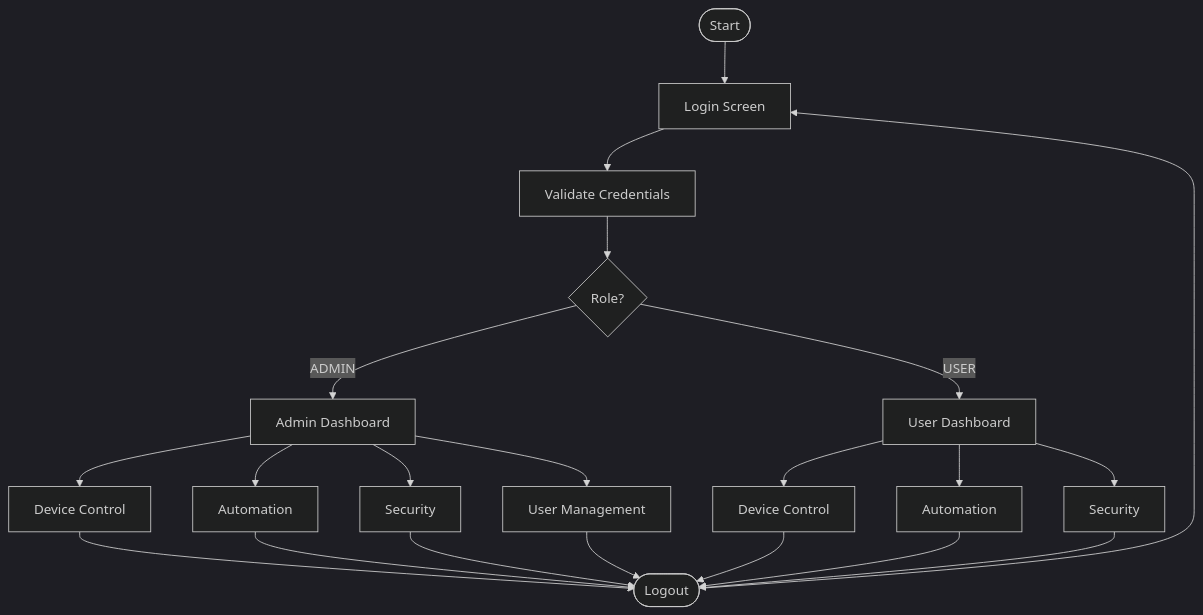
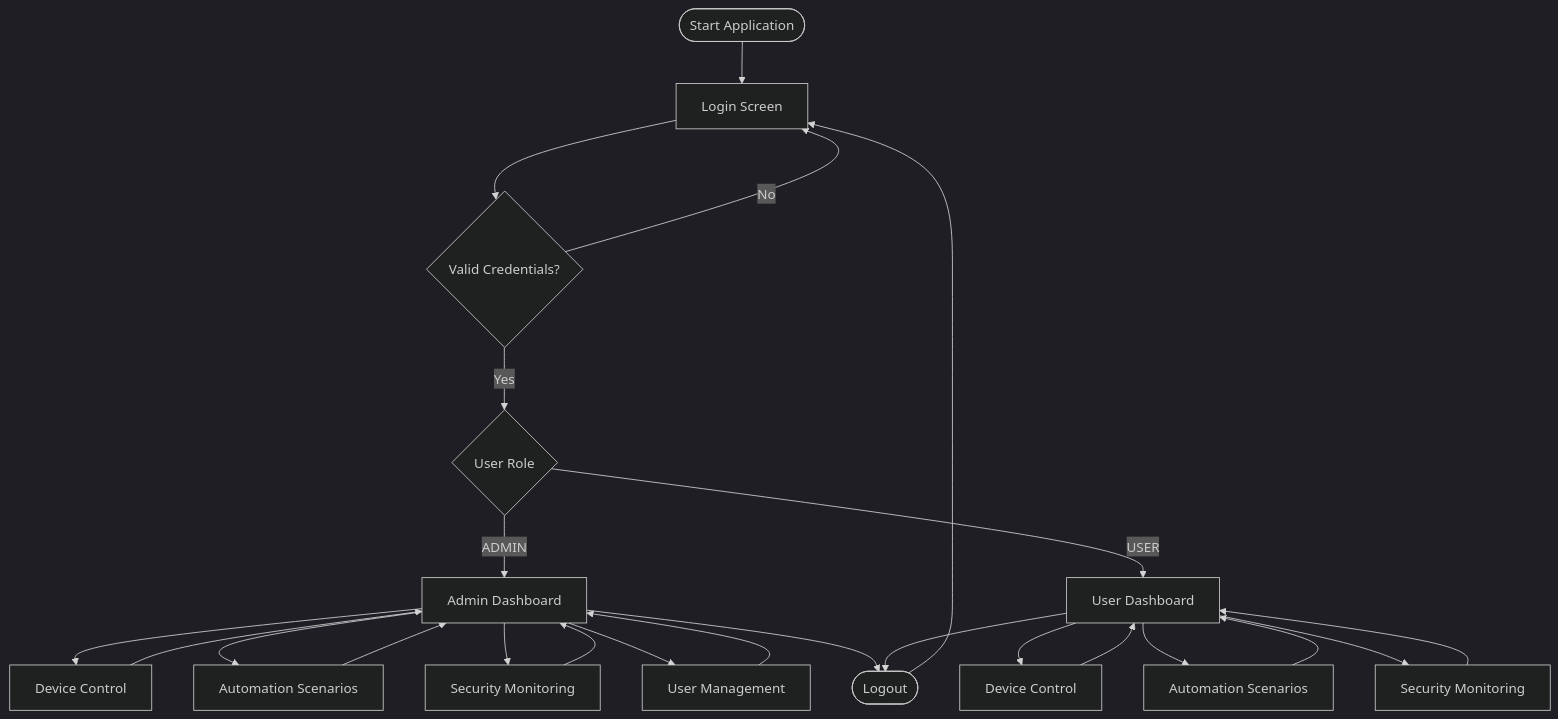
One commit to Sanoj-936/ControlSphere changed the third of 5 diagrams in README.md. Above: the diagram before and after it, drawn with Mermaid (dark theme). The commit also changed other lines of this file, not shown here.

Commit message:
Professional improvements to README: repair Mermaid diagrams, fix tables, and add demo credentials callout

````diff
--- a/README.md
+++ b/README.md
@@ -229,21 +261,31 @@
 ```mermaid
 flowchart TD
-    Start([Start]) --> Login[Login Screen]
-    Login --> Validate[Validate Credentials]
-    Validate --> Role{Role?}
+    Start([Start Application]) --> Login[Login Screen]
+    Login --> Validate{Valid Credentials?}
+    Validate -- No --> Login
+    Validate -- Yes --> Role{User Role}
     Role -->|ADMIN| AdminDash[Admin Dashboard]
     Role -->|USER| UserDash[User Dashboard]
 
     AdminDash --> AD1[Device Control]
-    AdminDash --> AD2[Automation]
-    AdminDash --> AD3[Security]
+    AdminDash --> AD2[Automation Scenarios]
+    AdminDash --> AD3[Security Monitoring]
     AdminDash --> AD4[User Management]
 
     UserDash --> UD1[Device Control]
-    UserDash --> UD2[Automation]
-    UserDash --> UD3[Security]
+    UserDash --> UD2[Automation Scenarios]
+    UserDash --> UD3[Security Monitoring]
 
-    AD1 & AD2 & AD3 & AD4 --> Logout([Logout])
-    UD1 & UD2 & UD3 --> Logout
+    AD1 --> AdminDash
+    AD2 --> AdminDash
+    AD3 --> AdminDash
+    AD4 --> AdminDash
+
+    UD1 --> UserDash
+    UD2 --> UserDash
+    UD3 --> UserDash
+
+    AdminDash --> Logout([Logout])
+    UserDash --> Logout
     Logout --> Login
 ```
````
